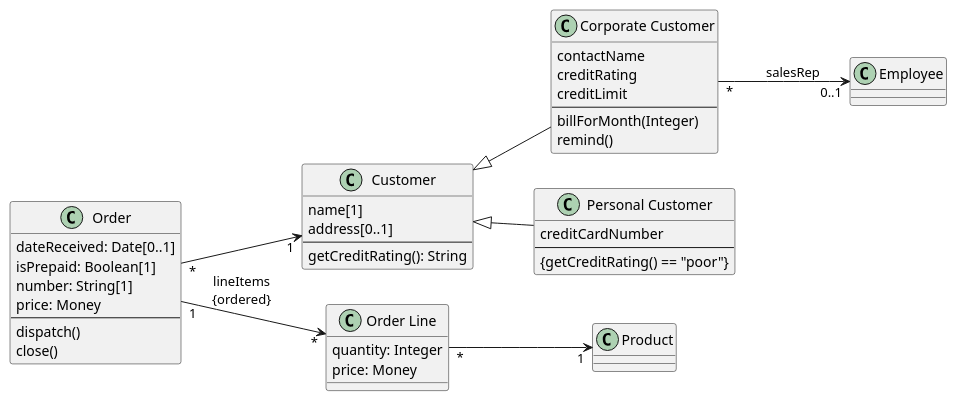
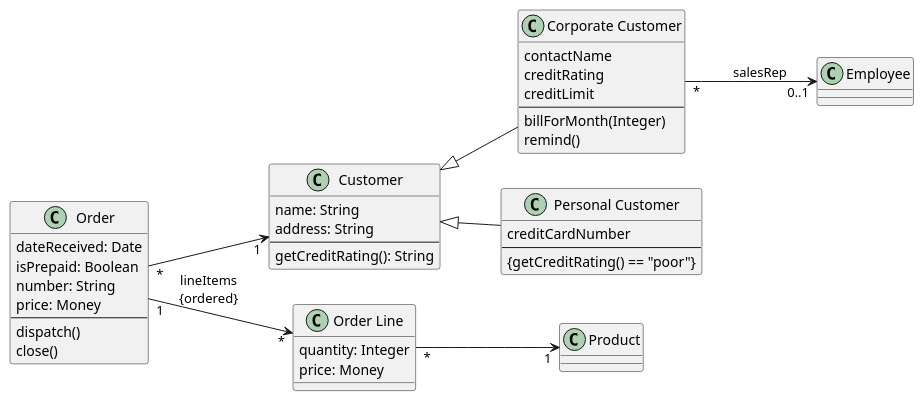
Before and after one commit to nongxu/csci6234-group2: the diagram in uml/PlantUML/Class Diagram/ClassDiagram.puml, drawn with PlantUML.

Commit message:
Refactor class attributes in ClassDiagram.puml

```diff
--- a/uml/PlantUML/Class Diagram/ClassDiagram.puml
+++ b/uml/PlantUML/Class Diagram/ClassDiagram.puml
@@ -1,64 +1,64 @@
 @startuml
 left to right direction
 
 ' Classes definition
 class Order {
-  dateReceived: Date[0..1]
-  isPrepaid: Boolean[1]
-  number: String[1]
+  dateReceived: Date
+  isPrepaid: Boolean
+  number: String
   price: Money
   --
   dispatch()
   close()
 }
 
 class Customer {
-  name[1]
-  address[0..1]
+  name: String
+  address: String
   --
   getCreditRating(): String
 }
 
 class "Corporate Customer" as CorporateCustomer {
   contactName
   creditRating
   creditLimit
   --
   billForMonth(Integer)
   remind()
 }
 
 class "Personal Customer" as PersonalCustomer {
   creditCardNumber
   --
   {getCreditRating() == "poor"}
 }
 
 class "Order Line" as OrderLine {
   quantity: Integer
   price: Money
 }
 
 class Product {
 }
 
 class Employee {
 }
 
 ' Inheritance (generalization)
 Customer <|-- CorporateCustomer
 Customer <|-- PersonalCustomer
 
 ' Association between Order and Customer
 Order "*" --> "1" Customer
 
 ' Composition between Order and Order Line
 Order "1" --> "*" OrderLine : lineItems\n{ordered}
 
 ' Association between Order Line and Product
 OrderLine "*" --> "1" Product
 
 ' Association between Corporate Customer and Employee
 CorporateCustomer "*" --> "0..1" Employee : salesRep
 
 @enduml
```
